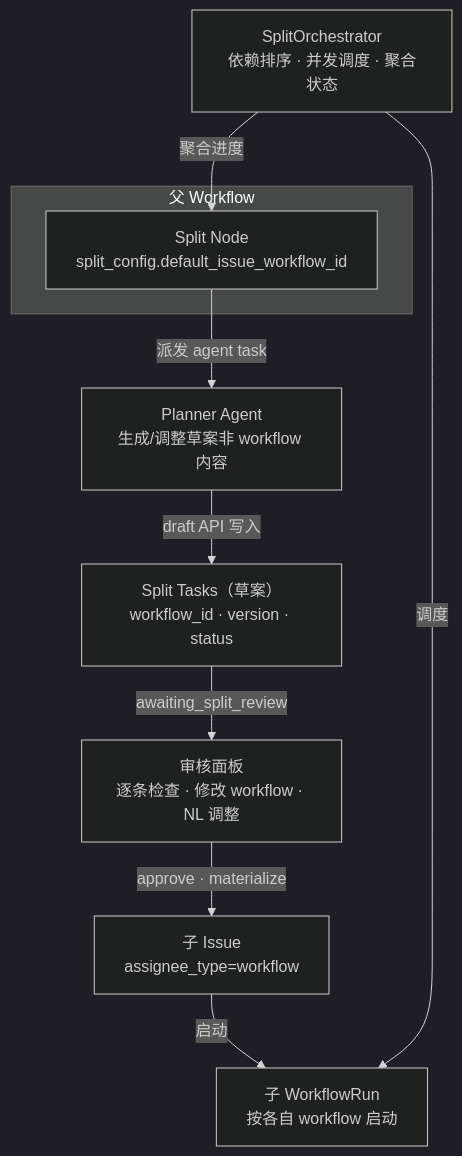
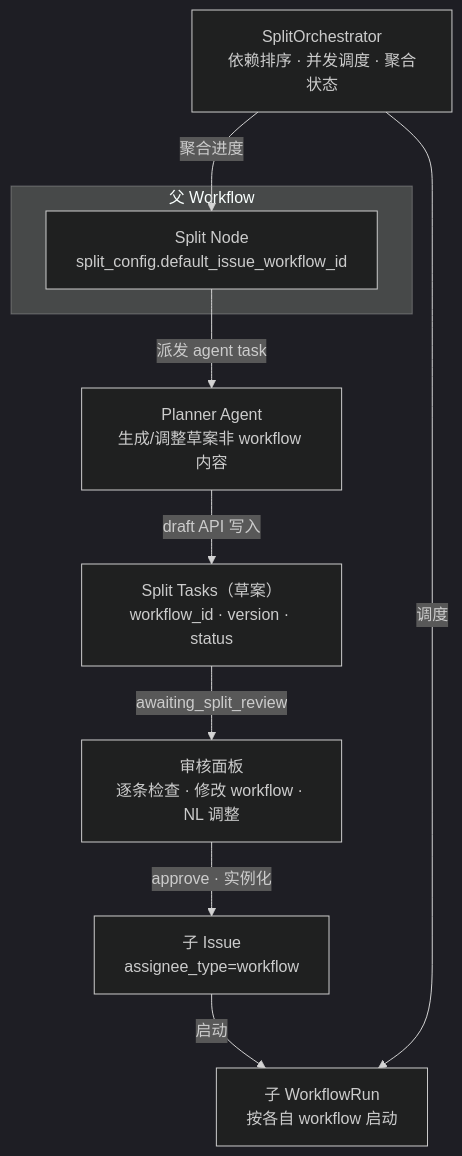
Before and after one commit to mini2s/mini-cloud: the first of 5 diagrams in docs/superpowers/specs/dynamic-task-splitting-design.md, drawn with Mermaid (dark theme). The commit also changed other lines of this file and 1 other file, not shown here.

````diff
--- a/docs/superpowers/specs/dynamic-task-splitting-design.md
+++ b/docs/superpowers/specs/dynamic-task-splitting-design.md
@@ -28,21 +28,21 @@
 ```mermaid
 graph TB
     subgraph Workflow["父 Workflow"]
         SN["Split Node<br/>split_config.default_issue_workflow_id"]
     end
 
     PA["Planner Agent<br/>生成/调整草案非 workflow 内容"]
     DT["Split Tasks（草案）<br/>workflow_id · version · status"]
     RP["审核面板<br/>逐条检查 · 修改 workflow · NL 调整"]
     CI["子 Issue<br/>assignee_type=workflow"]
     CW["子 WorkflowRun<br/>按各自 workflow 启动"]
     SO["SplitOrchestrator<br/>依赖排序 · 并发调度 · 聚合状态"]
 
     SN -->|"派发 agent task"| PA
     PA -->|"draft API 写入"| DT
     DT -->|"awaiting_split_review"| RP
-    RP -->|"approve · materialize"| CI
+    RP -->|"approve · 实例化"| CI
     CI -->|"启动"| CW
     SO -->|"调度"| CW
     SO -->|"聚合进度"| SN
 ```
````
